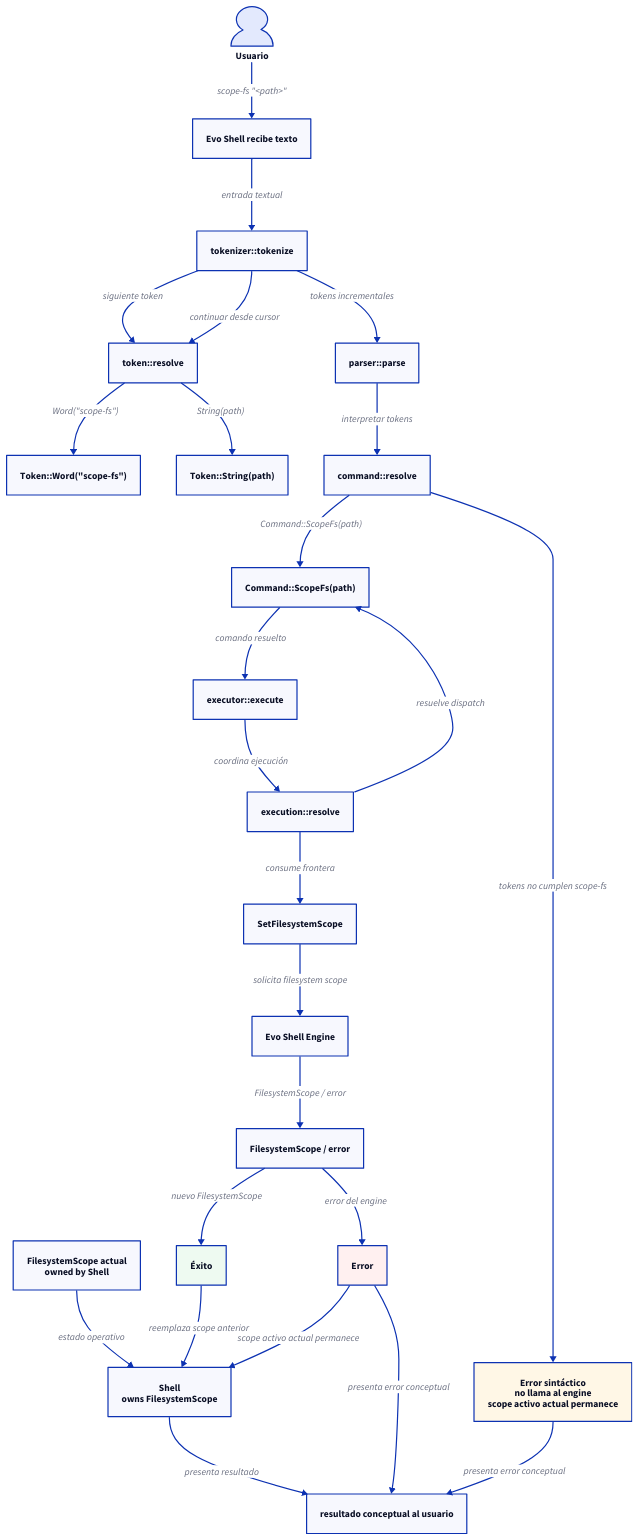
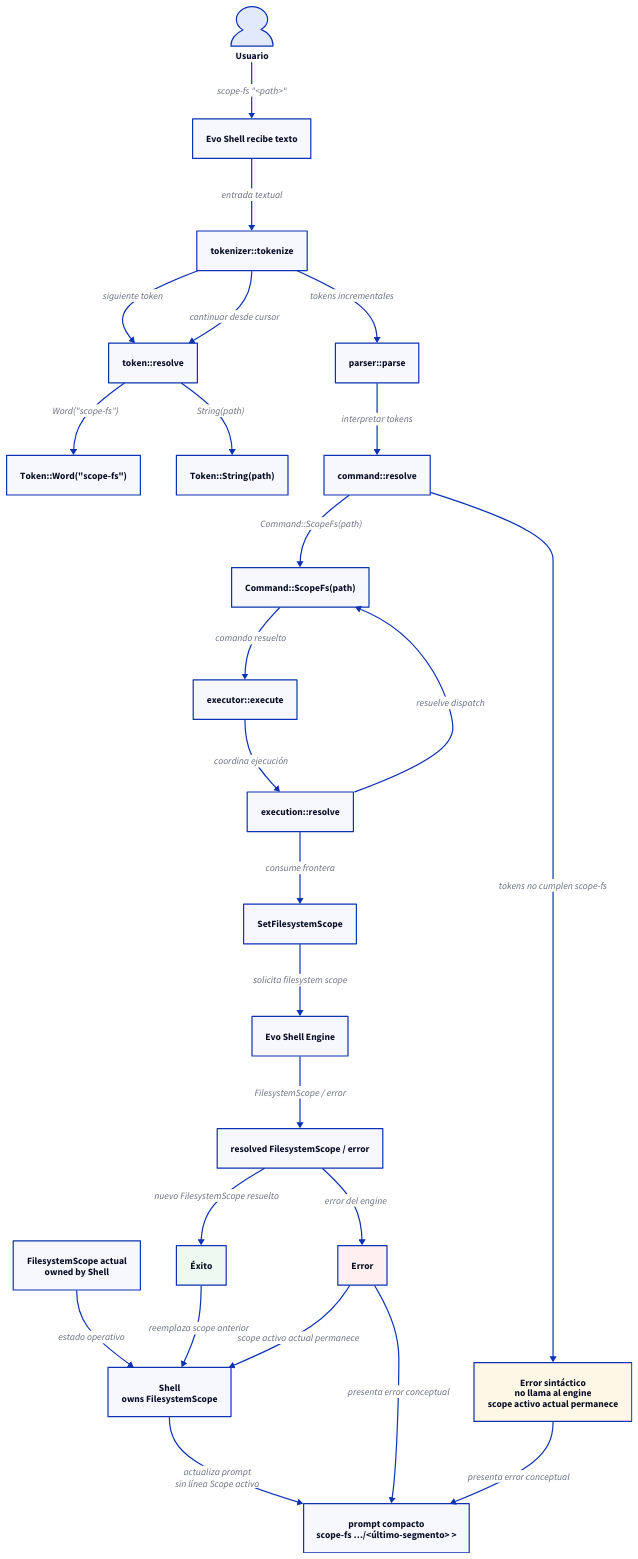
The diagram in evo-shell/technical_documentation/use_cases/UC-001-set-filesystem-scope-command/sequence.d2 (niqel/evolution), drawn with D2 before and after one commit. The commit also changed 16 other files, not shown here.

Commit message:
docs: define resolved filesystem scope and compact prompt

```diff
--- a/evo-shell/technical_documentation/use_cases/UC-001-set-filesystem-scope-command/sequence.d2
+++ b/evo-shell/technical_documentation/use_cases/UC-001-set-filesystem-scope-command/sequence.d2
@@ -1,112 +1,112 @@
 direction: down
 
 usuario: "Usuario" {
   shape: person
 }
 
 evo_shell: "Evo Shell recibe texto" {
   shape: rectangle
 }
 
 tokenizer: "tokenizer::tokenize" {
   shape: rectangle
 }
 
 token_resolver: "token::resolve" {
   shape: rectangle
 }
 
 word_token: "Token::Word(\"scope-fs\")" {
   shape: rectangle
 }
 
 string_token: "Token::String(path)" {
   shape: rectangle
 }
 
 parser: "parser::parse" {
   shape: rectangle
 }
 
 command_resolver: "command::resolve" {
   shape: rectangle
 }
 
 command: "Command::ScopeFs(path)" {
   shape: rectangle
 }
 
 executor: "executor::execute" {
   shape: rectangle
 }
 
 execution_resolver: "execution::resolve" {
   shape: rectangle
 }
 
 set_filesystem_scope: "SetFilesystemScope" {
   shape: rectangle
 }
 
 engine: "Evo Shell Engine" {
   shape: rectangle
 }
 
-engine_result: "FilesystemScope / error" {
+engine_result: "resolved FilesystemScope / error" {
   shape: rectangle
 }
 
 shell: "Shell\nowns FilesystemScope" {
   shape: rectangle
 }
 
 current_scope: "FilesystemScope actual\nowned by Shell" {
   shape: rectangle
 }
 
-presentation: "resultado conceptual al usuario" {
+presentation: "prompt compacto\nscope-fs …/<último-segmento> >" {
   shape: rectangle
 }
 
 usuario -> evo_shell: "scope-fs \"<path>\""
 current_scope -> shell: "estado operativo"
 evo_shell -> tokenizer: "entrada textual"
 tokenizer -> token_resolver: "siguiente token"
 token_resolver -> word_token: "Word(\"scope-fs\")"
 tokenizer -> token_resolver: "continuar desde cursor"
 token_resolver -> string_token: "String(path)"
 tokenizer -> parser: "tokens incrementales"
 parser -> command_resolver: "interpretar tokens"
 command_resolver -> command: "Command::ScopeFs(path)"
 command -> executor: "comando resuelto"
 executor -> execution_resolver: "coordina ejecución"
 execution_resolver -> command: "resuelve dispatch"
 execution_resolver -> set_filesystem_scope: "consume frontera"
 set_filesystem_scope -> engine: "solicita filesystem scope"
 engine -> engine_result: "FilesystemScope / error"
 
 success: "Éxito" {
   shape: rectangle
   style.fill: "#eefaf1"
 }
 
 error: "Error" {
   shape: rectangle
   style.fill: "#fff0f0"
 }
 
-engine_result -> success: "nuevo FilesystemScope"
+engine_result -> success: "nuevo FilesystemScope resuelto"
 success -> shell: "reemplaza scope anterior"
-shell -> presentation: "presenta resultado"
+shell -> presentation: "actualiza prompt\nsin línea Scope activo"
 
 engine_result -> error: "error del engine"
 error -> shell: "scope activo actual permanece"
 error -> presentation: "presenta error conceptual"
 
 syntax_error: "Error sintáctico\nno llama al engine\nscope activo actual permanece" {
   shape: rectangle
   style.fill: "#fff7e6"
 }
 
 command_resolver -> syntax_error: "tokens no cumplen scope-fs"
 syntax_error -> presentation: "presenta error conceptual"
```
